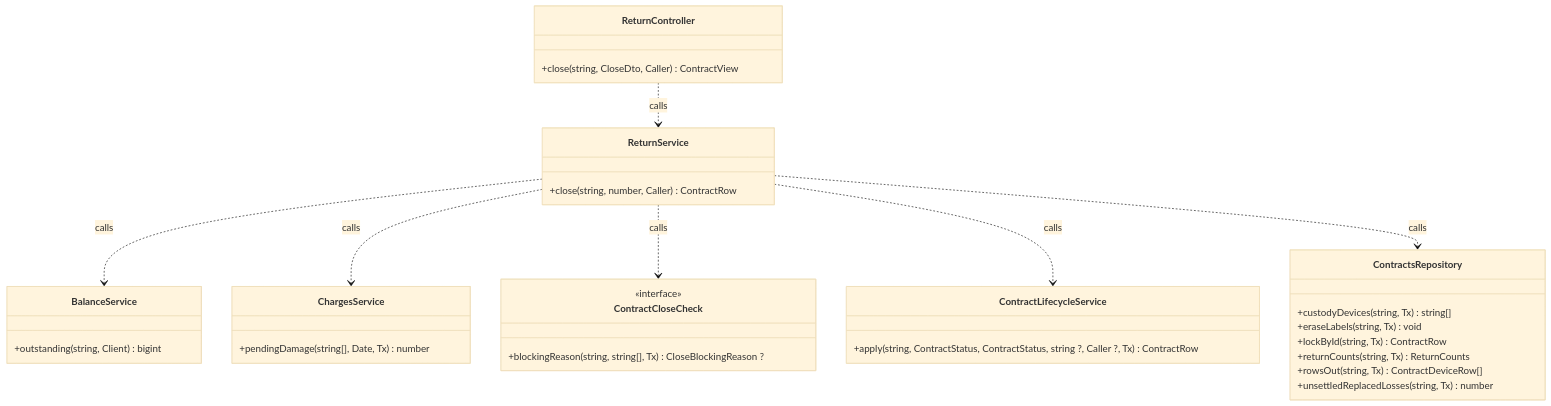
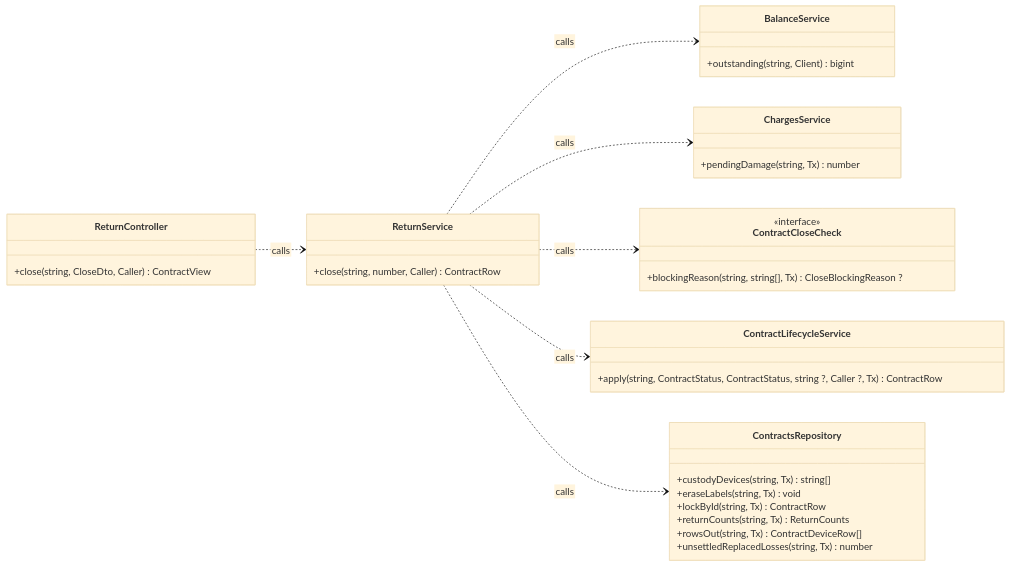
Diagram 12 of 29 in specs/rentals/design.md (TrekLink-Team/treklink-web), drawn with Mermaid (base theme) before and after one commit. The commit also changed other lines of this file and 23 other files, not shown here.

````diff
--- a/specs/rentals/design.md
+++ b/specs/rentals/design.md
@@ -452,37 +454,38 @@
 ```mermaid
+%%{init: {"htmlLabels": false}}%%
 classDiagram
-    direction TB
+    direction LR
     class ReturnController {
         +close(string, CloseDto, Caller) ContractView
     }
     class ReturnService {
         +close(string, number, Caller) ContractRow
     }
     class ContractLifecycleService {
         +apply(string, ContractStatus, ContractStatus, string ?, Caller ?, Tx) ContractRow
     }
     class BalanceService {
         +outstanding(string, Client) bigint
     }
     class ChargesService {
-        +pendingDamage(string[], Date, Tx) number
+        +pendingDamage(string, Tx) number
     }
     class ContractCloseCheck {
         <<interface>>
         +blockingReason(string, string[], Tx) CloseBlockingReason ?
     }
     class ContractsRepository {
         +custodyDevices(string, Tx) string[]
         +eraseLabels(string, Tx) void
         +lockById(string, Tx) ContractRow
         +returnCounts(string, Tx) ReturnCounts
         +rowsOut(string, Tx) ContractDeviceRow[]
         +unsettledReplacedLosses(string, Tx) number
     }
     ReturnController ..> ReturnService : calls
     ReturnService ..> BalanceService : calls
     ReturnService ..> ChargesService : calls
     ReturnService ..> ContractCloseCheck : calls
     ReturnService ..> ContractLifecycleService : calls
     ReturnService ..> ContractsRepository : calls
 ```
````
